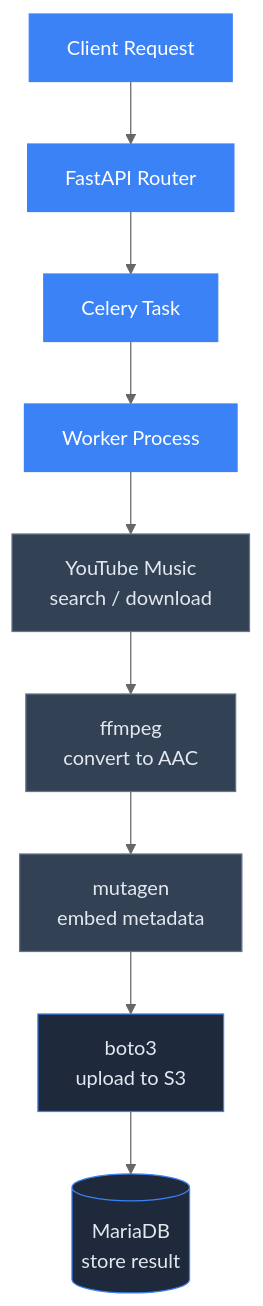
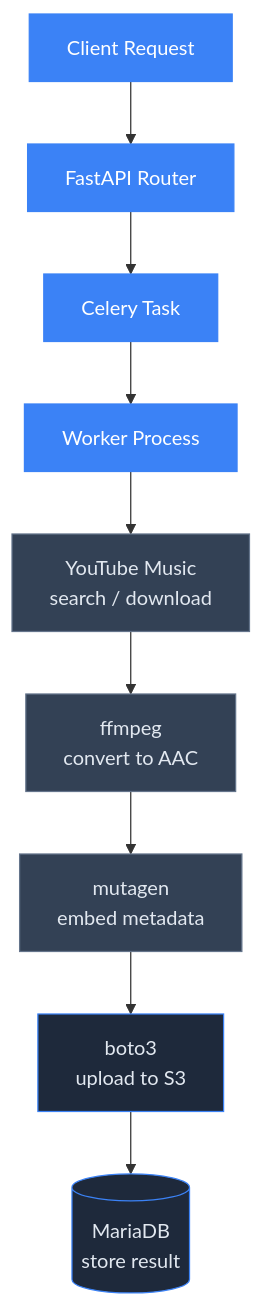
Before and after one commit to Tomifarmer/zimmporter-stack-doc: the diagram in docs/api/architecture.md, drawn with Mermaid. The commit also changed 2 other files, not shown here.

Commit message:
Update color scheme

````diff
--- a/docs/api/architecture.md
+++ b/docs/api/architecture.md
@@ -5,21 +5,20 @@
 ```mermaid
-%%{init: {'theme': 'neutral', 'themeVariables': {'background': '#ffffff'}}}%%
 graph TD
   classDef primary fill:#3b82f6,stroke:#3b82f6,color:#fff
   classDef accent fill:#40e0d0,stroke:#40e0d0,color:#000
   classDef storage fill:#1e293b,stroke:#3b82f6,color:#e2e8f0
   classDef external fill:#334155,stroke:#64748b,color:#e2e8f0
 
   CR[Client Request] --> R[FastAPI Router]
   R --> CT[Celery Task]
   CT --> WP[Worker Process]
   WP --> YT[YouTube Music<br/>search / download]
   YT --> FF[ffmpeg<br/>convert to AAC]
   FF --> MT[mutagen<br/>embed metadata]
   MT --> S3[boto3<br/>upload to S3]
   S3 --> DB[(MariaDB<br/>store result)]
 
   class CR,R,CT,WP primary
   class YT,FF,MT external
   class S3,DB storage
 ```
````
